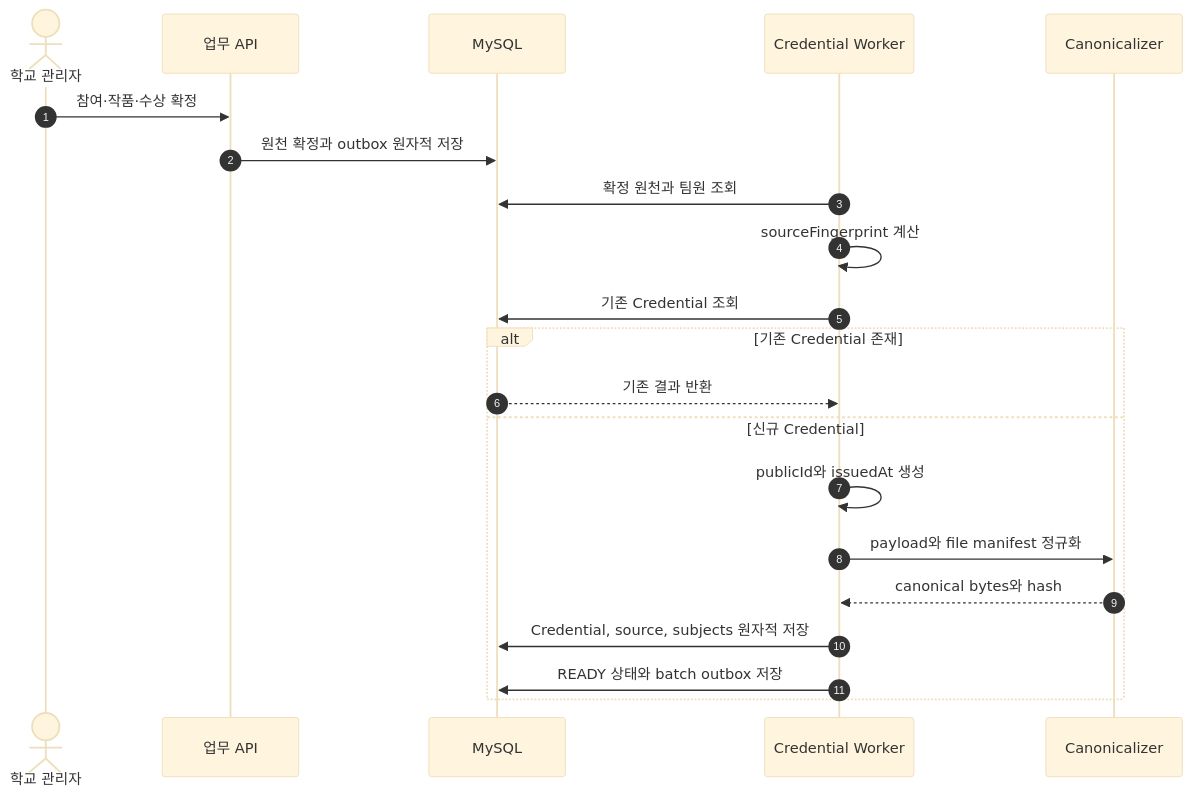
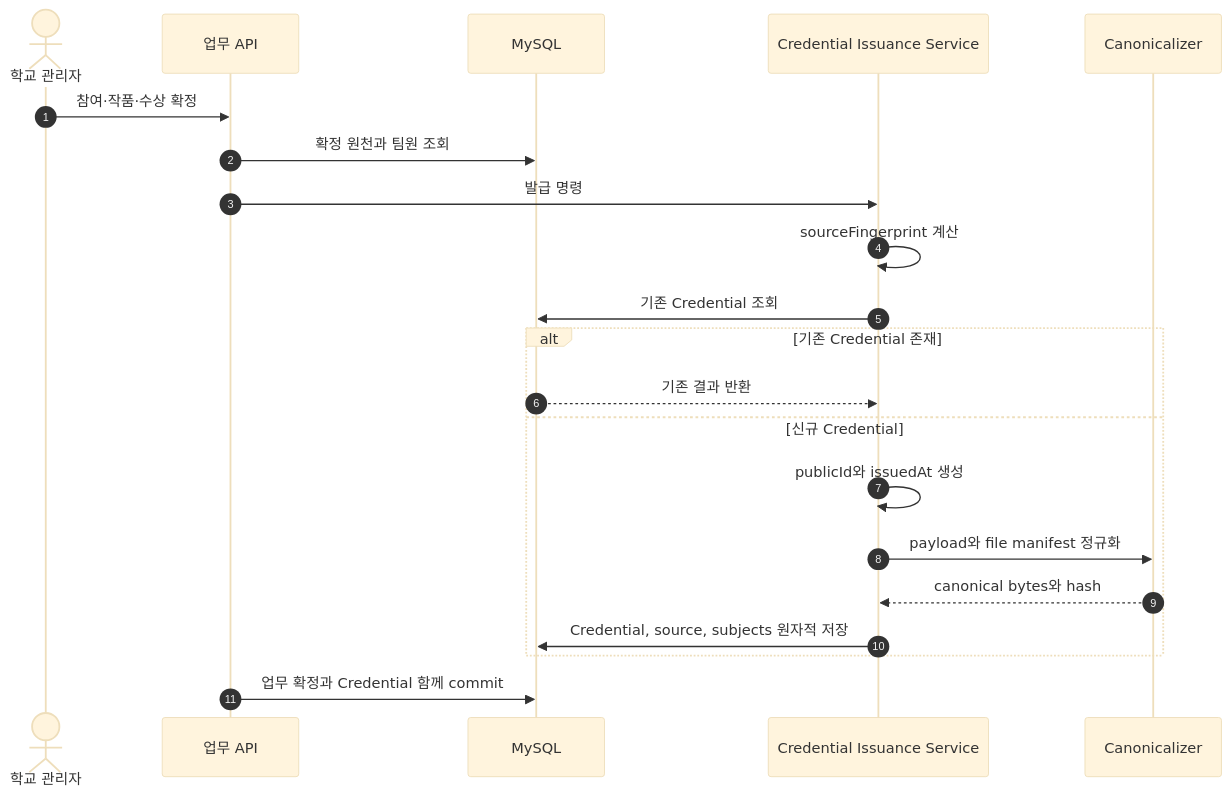
One commit to Tok-Baro/Trekkey_BackEnd changed the fifth of 16 diagrams in docs/erd-mvp.md. Above: the diagram before and after it, drawn with Mermaid (base theme). The commit also changed other lines of this file and 8 other files, not shown here.

Commit message:
docs: align ERD and prepare integration meeting

````diff
--- a/docs/erd-mvp.md
+++ b/docs/erd-mvp.md
@@ -219,24 +217,24 @@
 ```mermaid
 sequenceDiagram
     autonumber
     actor Admin as 학교 관리자
     participant Domain as 업무 API
     participant DB as MySQL
-    participant Worker as Credential Worker
+    participant Issue as Credential Issuance Service
     participant Canon as Canonicalizer
 
     Admin->>Domain: 참여·작품·수상 확정
-    Domain->>DB: 원천 확정과 outbox 원자적 저장
-    Worker->>DB: 확정 원천과 팀원 조회
-    Worker->>Worker: sourceFingerprint 계산
-    Worker->>DB: 기존 Credential 조회
+    Domain->>DB: 확정 원천과 팀원 조회
+    Domain->>Issue: 발급 명령
+    Issue->>Issue: sourceFingerprint 계산
+    Issue->>DB: 기존 Credential 조회
     alt 기존 Credential 존재
-        DB-->>Worker: 기존 결과 반환
+        DB-->>Issue: 기존 결과 반환
     else 신규 Credential
-        Worker->>Worker: publicId와 issuedAt 생성
-        Worker->>Canon: payload와 file manifest 정규화
-        Canon-->>Worker: canonical bytes와 hash
-        Worker->>DB: Credential, source, subjects 원자적 저장
-        Worker->>DB: READY 상태와 batch outbox 저장
+        Issue->>Issue: publicId와 issuedAt 생성
+        Issue->>Canon: payload와 file manifest 정규화
+        Canon-->>Issue: canonical bytes와 hash
+        Issue->>DB: Credential, source, subjects 원자적 저장
     end
+    Domain->>DB: 업무 확정과 Credential 함께 commit
 ```
````
